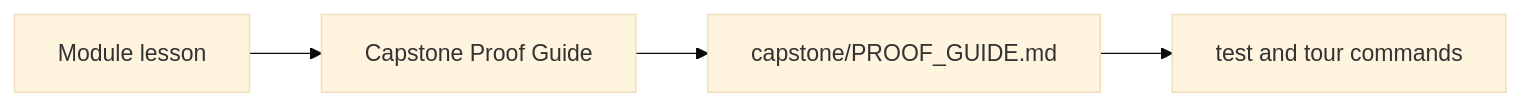
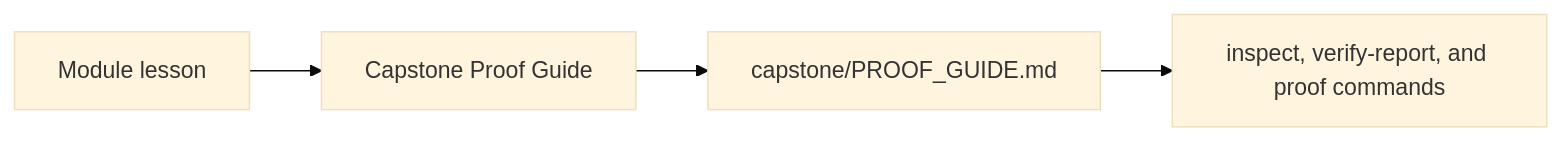
The first of 2 diagrams in programs/python-programming/python-functional-programming/course-book/capstone-proof-guide.md (bijux/bijux-masterclass), drawn with Mermaid (base theme) before and after one commit. The commit also changed other lines of this file and 7 other files, not shown here.

````diff
--- a/programs/python-programming/python-functional-programming/course-book/capstone-proof-guide.md
+++ b/programs/python-programming/python-functional-programming/course-book/capstone-proof-guide.md
@@ -7,6 +7,6 @@
 ```mermaid
 graph LR
   chapter["Module lesson"] --> proof["Capstone Proof Guide"]
   proof --> local["capstone/PROOF_GUIDE.md"]
-  local --> commands["test and tour commands"]
+  local --> commands["inspect, verify-report, and proof commands"]
 ```
````
